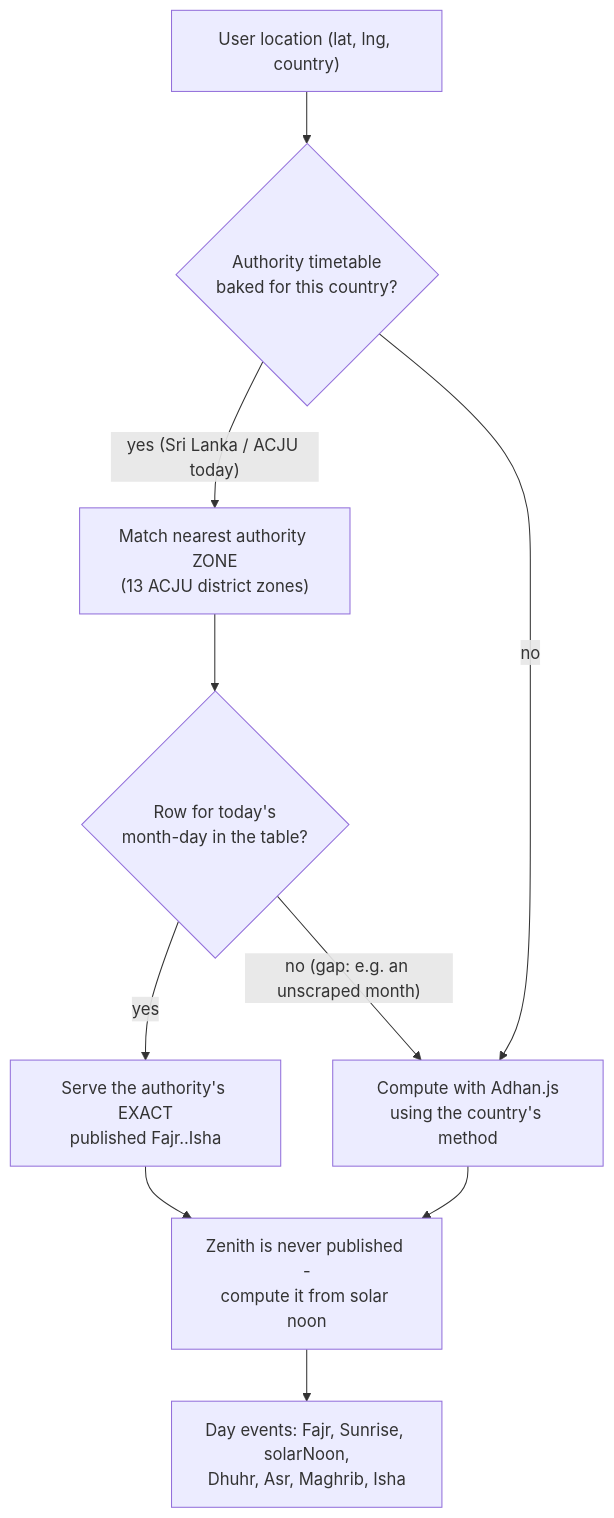
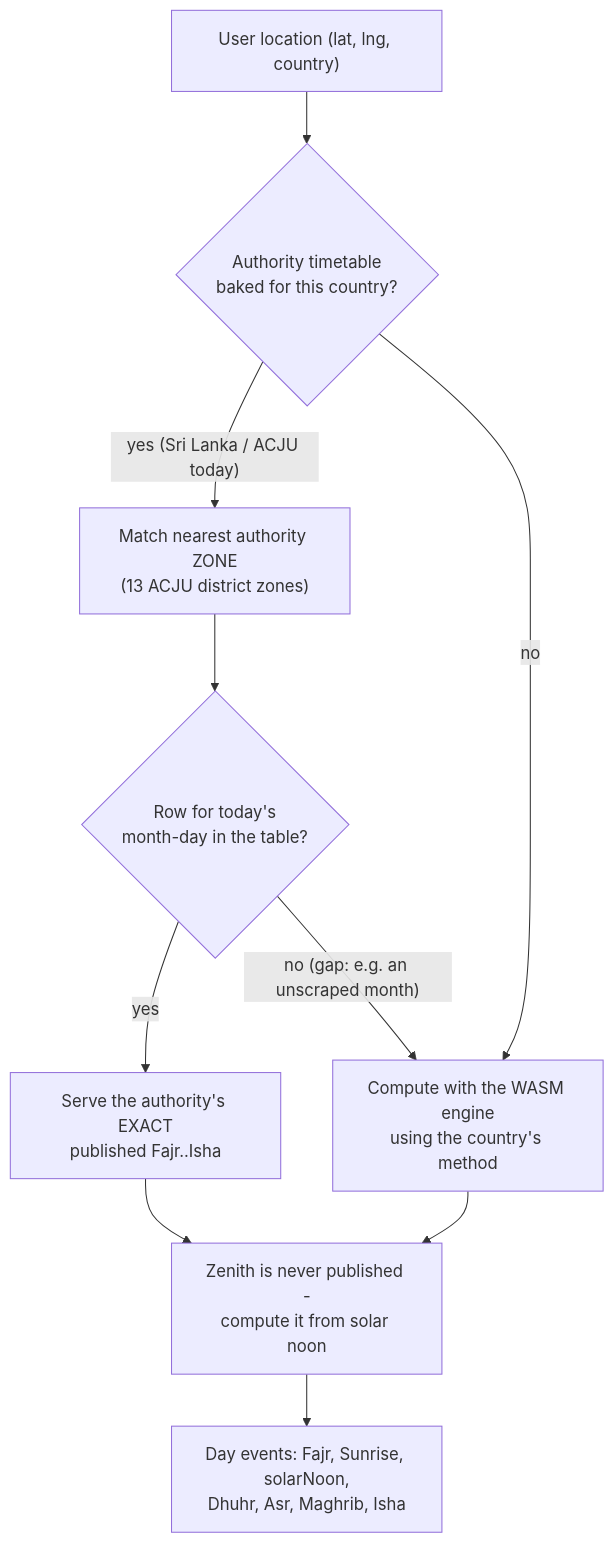
The first of 2 diagrams in README.md (asymmsystems/canipraynow), drawn with Mermaid before and after one commit. The commit also changed other lines of this file and 28 other files, not shown here.

````diff
--- a/README.md
+++ b/README.md
@@ -29,12 +28,12 @@
 ```mermaid
 flowchart TD
     A["User location (lat, lng, country)"] --> B{"Authority timetable<br/>baked for this country?"}
     B -->|"yes (Sri Lanka / ACJU today)"| C["Match nearest authority ZONE<br/>(13 ACJU district zones)"]
     C --> D{"Row for today's<br/>month-day in the table?"}
     D -->|yes| E["Serve the authority's EXACT<br/>published Fajr..Isha"]
     D -->|"no (gap: e.g. an unscraped month)"| F
-    B -->|no| F["Compute with Adhan.js<br/>using the country's method"]
+    B -->|no| F["Compute with the WASM engine<br/>using the country's method"]
     E --> G["Zenith is never published -<br/>compute it from solar noon"]
     F --> G
     G --> H["Day events: Fajr, Sunrise, solarNoon,<br/>Dhuhr, Asr, Maghrib, Isha"]
 ```
````
